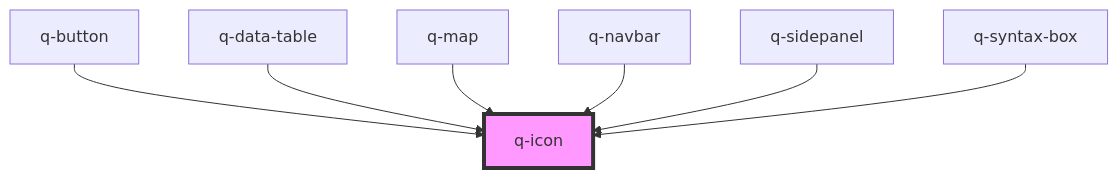
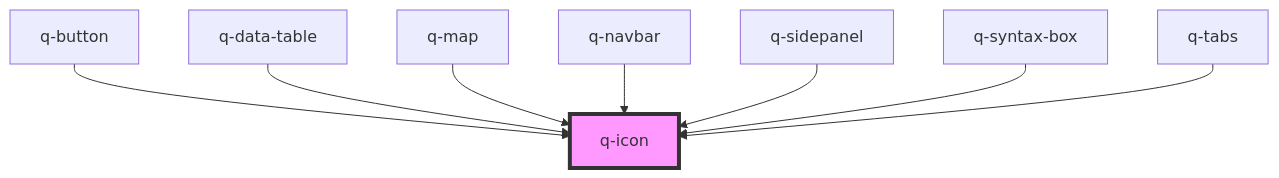
One commit to XsAndre-L/WebQuark changed the diagram in src/components/media/icon/readme.md. Above: the diagram before and after it, drawn with Mermaid. The commit also changed other lines of this file and 5 other files, not shown here.

````diff
--- a/src/components/media/icon/readme.md
+++ b/src/components/media/icon/readme.md
@@ -47,10 +48,11 @@
 ```mermaid
 graph TD;
   q-button --> q-icon
   q-data-table --> q-icon
   q-map --> q-icon
   q-navbar --> q-icon
   q-sidepanel --> q-icon
   q-syntax-box --> q-icon
+  q-tabs --> q-icon
   style q-icon fill:#f9f,stroke:#333,stroke-width:4px
 ```
````
